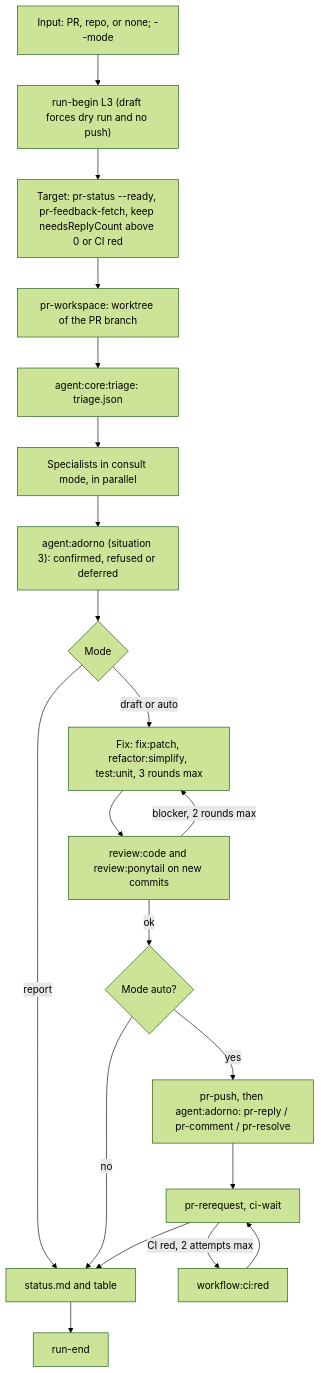
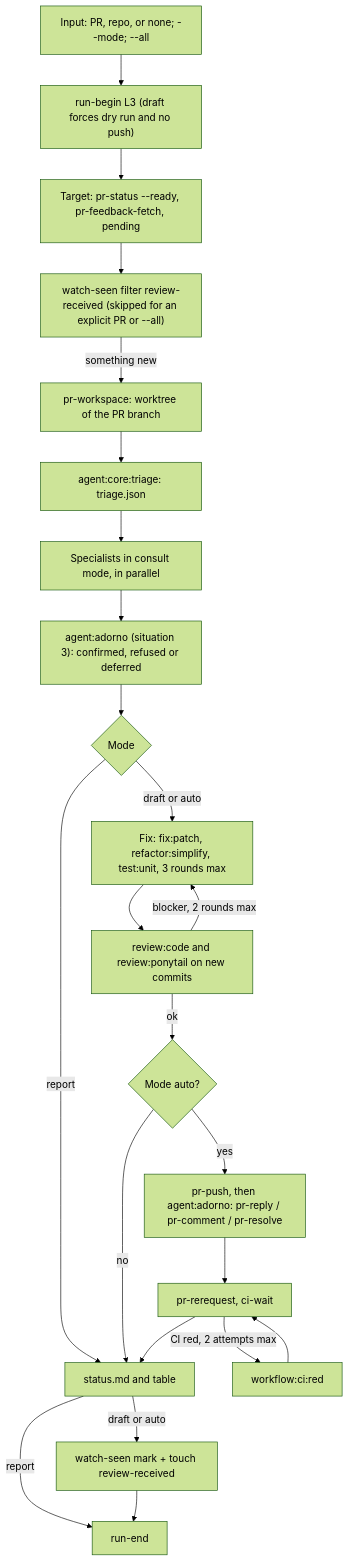
Before and after one commit to nicolasmondain/adorno: the first of 2 diagrams in src/workflows/review/SCHEMA.md, drawn with Mermaid (forest theme). The commit also changed 22 other files, not shown here.

First line of the commit message:
fix(review): skip unchanged PRs in the review:received sweep (#3)

````diff
--- a/src/workflows/review/SCHEMA.md
+++ b/src/workflows/review/SCHEMA.md
@@ -5,22 +5,25 @@
 ```mermaid
 flowchart TD
-  A["Input: PR, repo, or none; --mode"] --> B["run-begin L3 (draft forces dry run and no push)"]
-  B --> C["Target: pr-status --ready, pr-feedback-fetch, keep needsReplyCount above 0 or CI red"]
-  C --> D["pr-workspace: worktree of the PR branch"]
+  A["Input: PR, repo, or none; --mode; --all"] --> B["run-begin L3 (draft forces dry run and no push)"]
+  B --> C["Target: pr-status --ready, pr-feedback-fetch, pending"]
+  C --> S["watch-seen filter review-received (skipped for an explicit PR or --all)"]
+  S -->|"something new"| D["pr-workspace: worktree of the PR branch"]
   D --> E["agent:core:triage: triage.json"]
   E --> F["Specialists in consult mode, in parallel"]
   F --> G["agent:adorno (situation 3): confirmed, refused or deferred"]
   G --> H{"Mode"}
   H -->|"report"| N["status.md and table"]
   H -->|"draft or auto"| I["Fix: fix:patch, refactor:simplify, test:unit, 3 rounds max"]
   I --> J["review:code and review:ponytail on new commits"]
   J -->|"blocker, 2 rounds max"| I
   J -->|"ok"| K{"Mode auto?"}
   K -->|"no"| N
   K -->|"yes"| L["pr-push, then agent:adorno: pr-reply / pr-comment / pr-resolve"]
   L --> M["pr-rerequest, ci-wait"]
   M -->|"CI red, 2 attempts max"| R["workflow:ci:red"]
   R --> M
   M --> N
-  N --> O["run-end"]
+  N -->|"draft or auto"| P["watch-seen mark + touch review-received"]
+  N -->|"report"| O
+  P --> O["run-end"]
 ```
````
